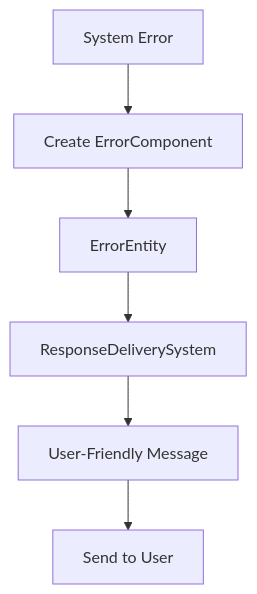
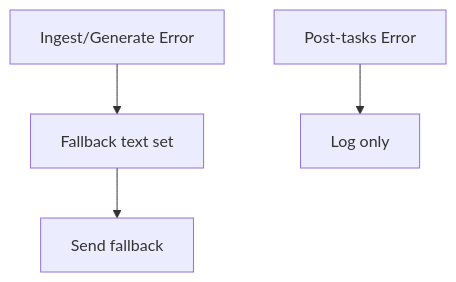
Before and after one commit to malbq/whatsapp-agents: the fourth of 4 diagrams in spec/features/agentWorkflow.md, drawn with Mermaid. The commit also changed other lines of this file and 4 other files, not shown here.

````diff
--- a/spec/features/agentWorkflow.md
+++ b/spec/features/agentWorkflow.md
@@ -221,8 +195,6 @@
 ```mermaid
 graph TD
-    A[System Error] --> B[Create ErrorComponent]
-    B --> C[ErrorEntity]
-    C --> D[ResponseDeliverySystem]
-    D --> E[User-Friendly Message]
-    E --> F[Send to User]
+    A[Ingest/Generate Error] --> B[Fallback text set]
+    B --> C[Send fallback]
+    D[Post-tasks Error] --> E[Log only]
 ```
````
